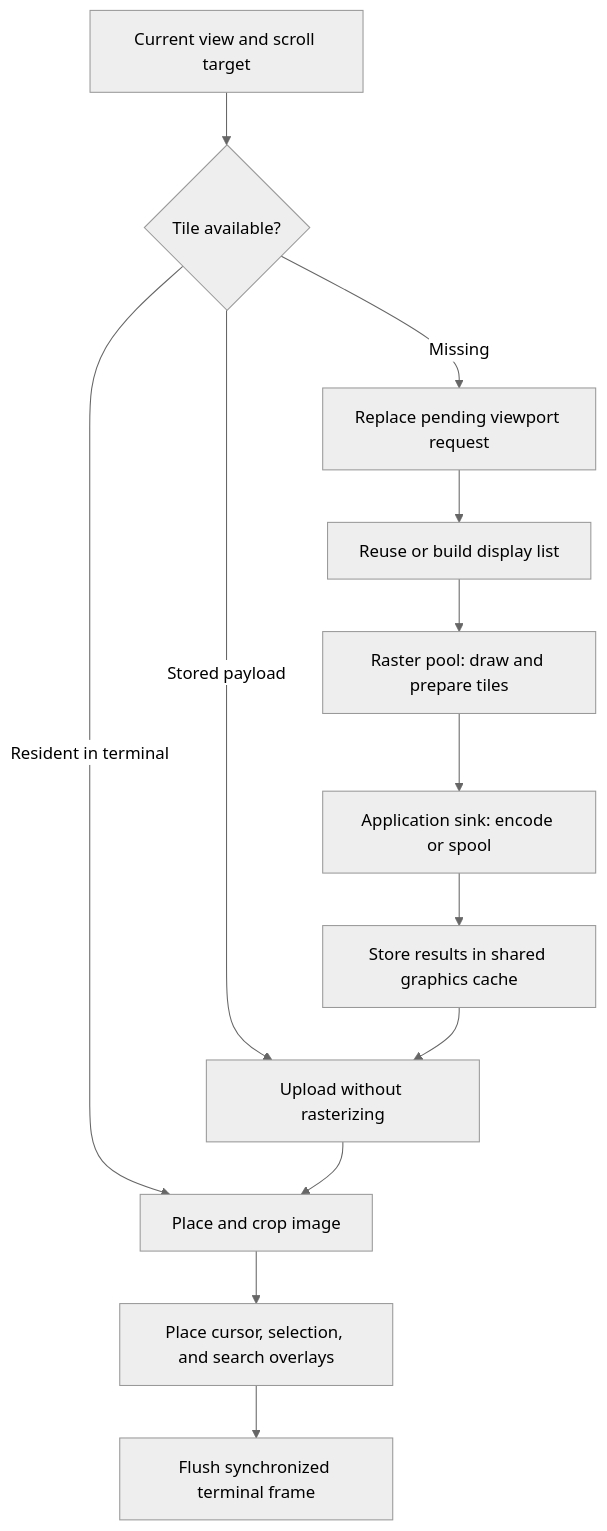
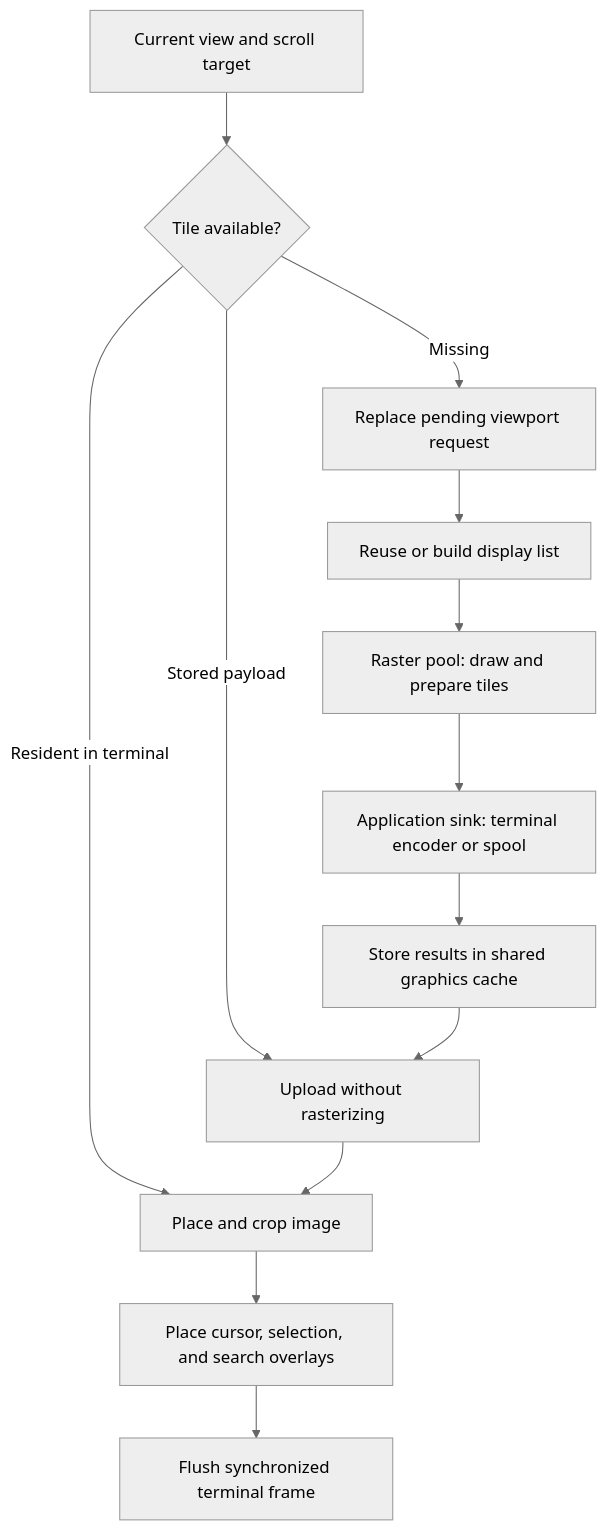
The diagram in docs/dev/render.md (letientai299/vpdf), drawn with Mermaid (neutral theme) before and after one commit. The commit also changed other lines of this file and 7 other files, not shown here.

````diff
--- a/docs/dev/render.md
+++ b/docs/dev/render.md
@@ -14,15 +15,15 @@
 ```mermaid
 flowchart TD
     View[Current view and scroll target] --> Cache{Tile available?}
     Cache -->|Resident in terminal| Place[Place and crop image]
     Cache -->|Stored payload| Upload[Upload without rasterizing]
     Upload --> Place
     Cache -->|Missing| Request[Replace pending viewport request]
     Request --> Lists[Reuse or build display list]
     Lists --> Pool[Raster pool: draw and prepare tiles]
-    Pool --> Encode[Application sink: encode or spool]
+    Pool --> Encode[Application sink: terminal encoder or spool]
     Encode --> Store[Store results in shared graphics cache]
     Store --> Upload
     Place --> Overlay[Place cursor, selection, and search overlays]
     Overlay --> Frame[Flush synchronized terminal frame]
 ```
````
